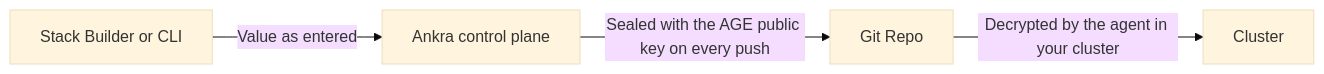
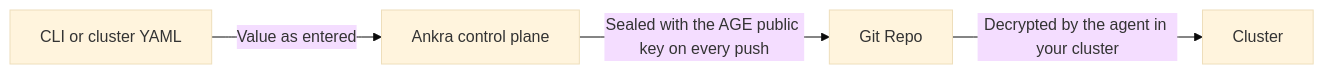
One commit to ankraio/ankra-docs changed the diagram in guides/sops.mdx. Above: the diagram before and after it, drawn with Mermaid (base theme). The commit also changed other lines of this file and 25 other files, not shown here.

````diff
--- a/guides/sops.mdx
+++ b/guides/sops.mdx
@@ -18,6 +18,6 @@
 ```mermaid
 flowchart LR
-    Editor[Stack Builder or CLI] -->|Value as entered| Ankra[Ankra control plane]
+    Editor[CLI or cluster YAML] -->|Value as entered| Ankra[Ankra control plane]
     Ankra -->|Sealed with the AGE public key on every push| Git[Git Repo]
     Git -->|Decrypted by the agent in your cluster| Cluster[Cluster]
 ```
````
